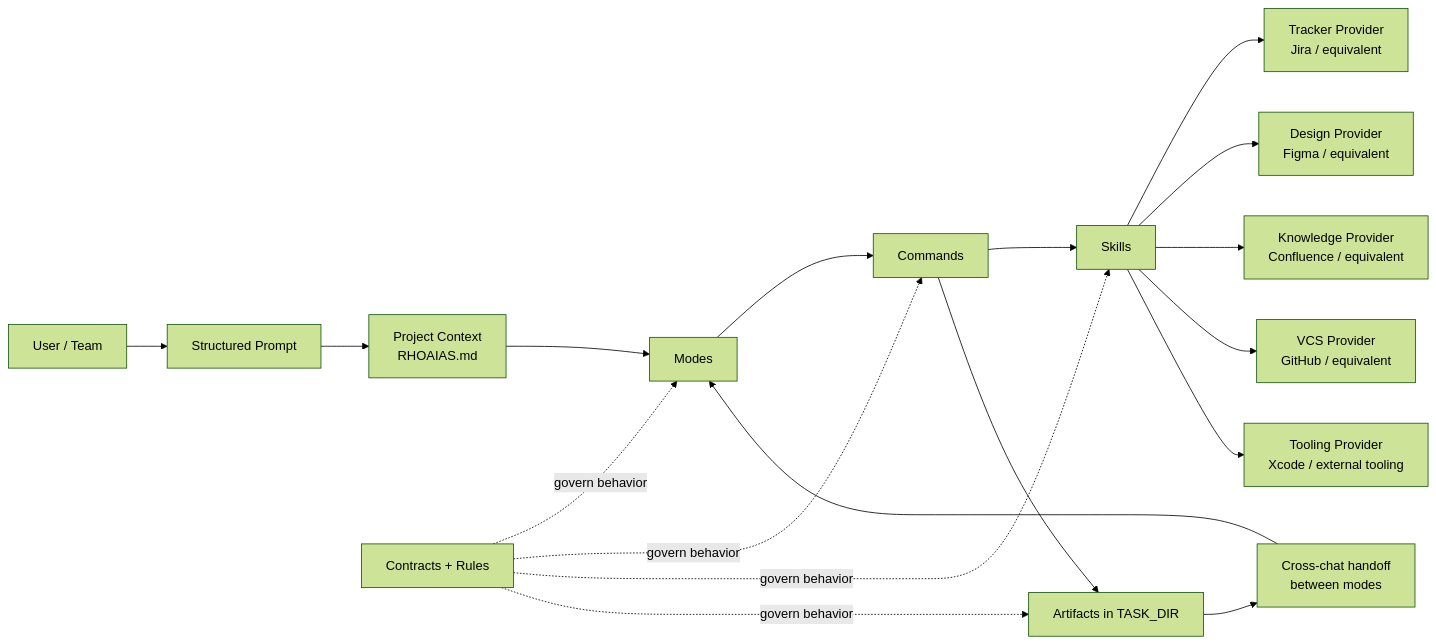
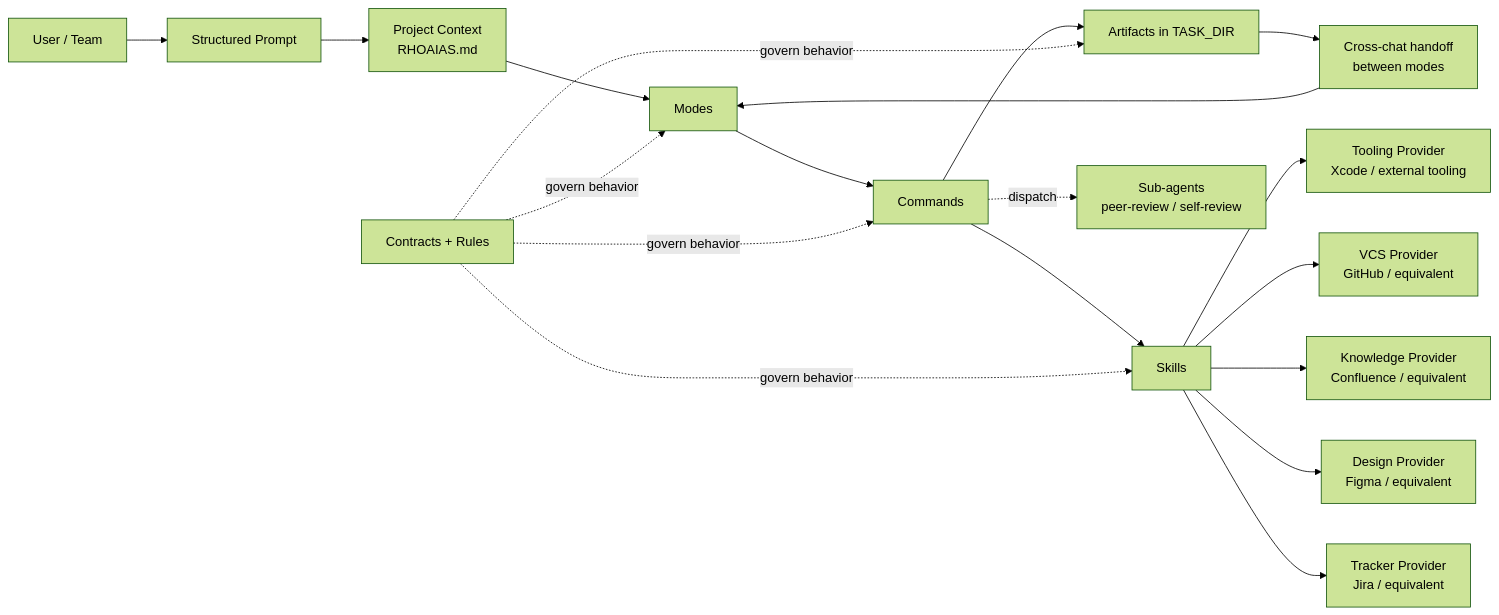
Before and after one commit to reeceGuerra/aias: the diagram in README.md, drawn with Mermaid (forest theme). The commit also changed 1 other file, not shown here.

Commit message:
[v9.0]: add sub-agents to Mermaid diagrams in ARCHITECTURE.md and README.md
- Detailed Interaction Map: SubAgents node in Execution Layer;
  dashed edges Command -.-> SubAgents (dispatch) and SubAgents -.-> Artifacts (findings)
- Provider-Mediated Execution Sequence: SubAgent participant added;
  opt block for peer-review / self-review dispatch before artifact write
- README Architecture at a Glance: Cmd -.-> SubA dispatch edge added

````diff
--- a/README.md
+++ b/README.md
@@ -33,20 +33,21 @@
 ```mermaid
 flowchart LR
     U[User / Team] --> SP[Structured Prompt]
     SP --> Ctx[Project Context<br/>RHOAIAS.md]
     Ctx --> M[Modes]
     M --> Cmd[Commands]
     Cmd --> Skill[Skills]
     Cmd --> Art[Artifacts in TASK_DIR]
+    Cmd -.->|"dispatch"| SubA["Sub-agents<br/>peer-review / self-review"]
     Skill --> Tracker[Tracker Provider<br/>Jira / equivalent]
     Skill --> Design[Design Provider<br/>Figma / equivalent]
     Skill --> Knowledge[Knowledge Provider<br/>Confluence / equivalent]
     Skill --> VCS[VCS Provider<br/>GitHub / equivalent]
     Skill --> Tooling[Tooling Provider<br/>Xcode / external tooling]
     Art --> Handoff[Cross-chat handoff<br/>between modes]
     Handoff --> M
     Contract[Contracts + Rules] -.govern behavior.-> M
     Contract -.govern behavior.-> Cmd
     Contract -.govern behavior.-> Skill
     Contract -.govern behavior.-> Art
 ```
````
